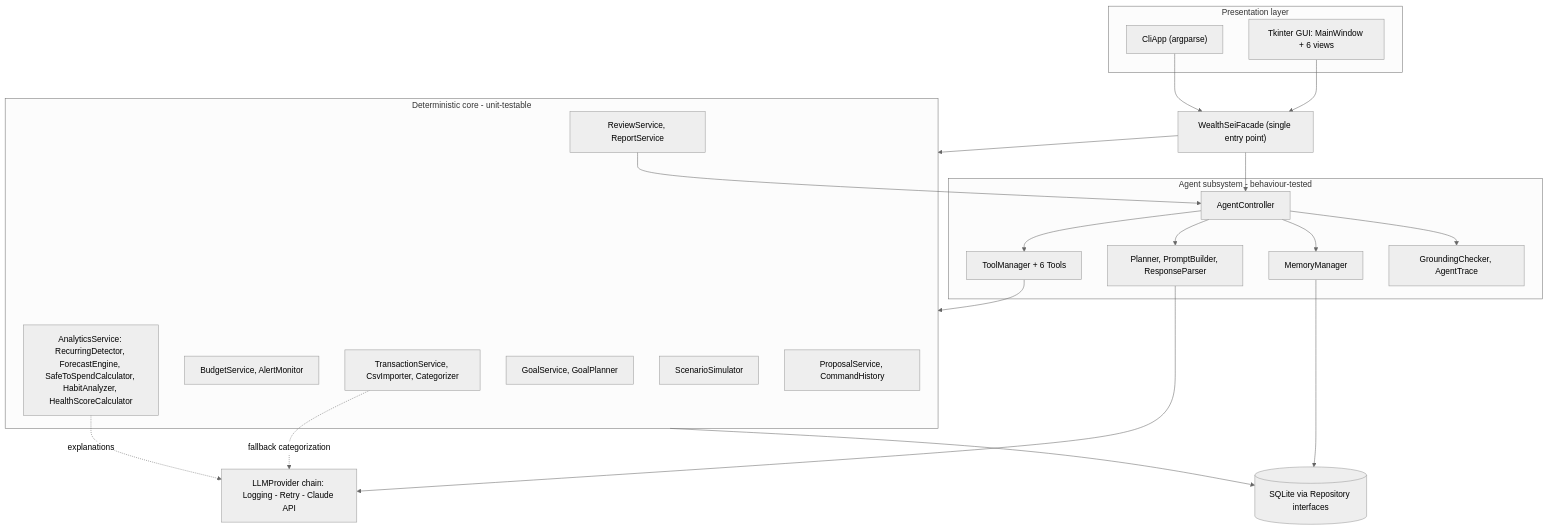
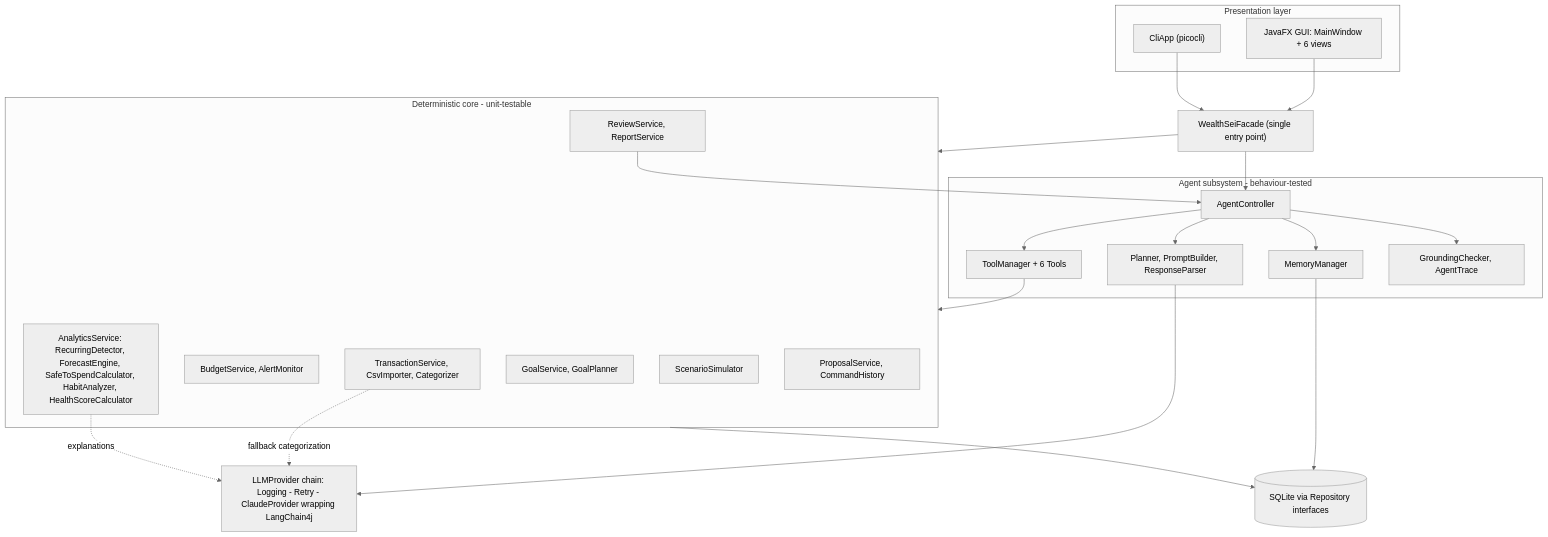
The first of 20 diagrams in docs/WealthSei_Stage1_Report.md (Rishit-Shah/EECS-3311-Project---WealthSei), drawn with Mermaid (neutral theme) before and after one commit. The commit also changed other lines of this file, not shown here.

````diff
--- a/docs/WealthSei_Stage1_Report.md
+++ b/docs/WealthSei_Stage1_Report.md
@@ -84,42 +95,42 @@
 ```mermaid
 flowchart TB
     subgraph P["Presentation layer"]
-        GUI["Tkinter GUI: MainWindow + 6 views"]
-        CLI["CliApp (argparse)"]
+        GUI["JavaFX GUI: MainWindow + 6 views"]
+        CLI["CliApp (picocli)"]
     end
     FAC["WealthSeiFacade (single entry point)"]
     subgraph S["Deterministic core - unit-testable"]
         TS["TransactionService, CsvImporter, Categorizer"]
         BS["BudgetService, AlertMonitor"]
         AN["AnalyticsService: RecurringDetector, ForecastEngine, SafeToSpendCalculator, HabitAnalyzer, HealthScoreCalculator"]
         GS["GoalService, GoalPlanner"]
         SIM["ScenarioSimulator"]
         PS["ProposalService, CommandHistory"]
         RS["ReviewService, ReportService"]
     end
     subgraph A["Agent subsystem - behaviour-tested"]
         AC["AgentController"]
         PL["Planner, PromptBuilder, ResponseParser"]
         MM["MemoryManager"]
         TM["ToolManager + 6 Tools"]
         GC["GroundingChecker, AgentTrace"]
     end
-    LLM["LLMProvider chain: Logging - Retry - Claude API"]
+    LLM["LLMProvider chain: Logging - Retry - ClaudeProvider wrapping LangChain4j"]
     DB[("SQLite via Repository interfaces")]
 
     GUI --> FAC
     CLI --> FAC
     FAC --> S
     FAC --> AC
     RS --> AC
     AC --> PL
     PL --> LLM
     AC --> MM
     AC --> TM
     AC --> GC
     TM --> S
     S --> DB
     MM --> DB
     TS -. "fallback categorization" .-> LLM
     AN -. "explanations" .-> LLM
 ```
````
